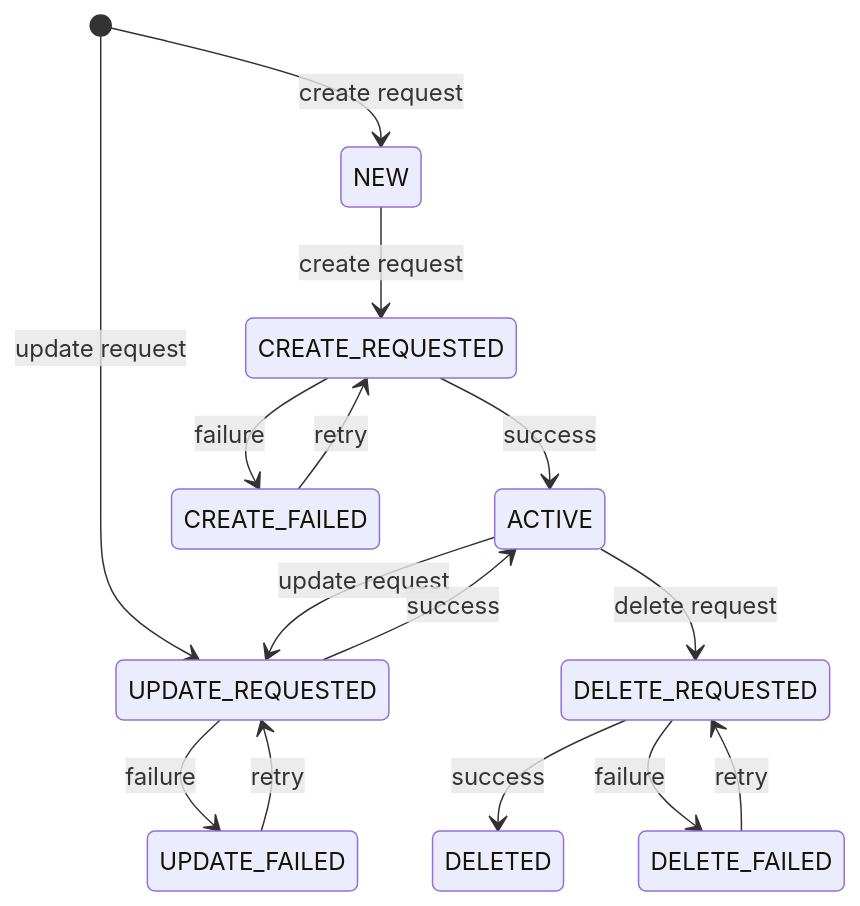
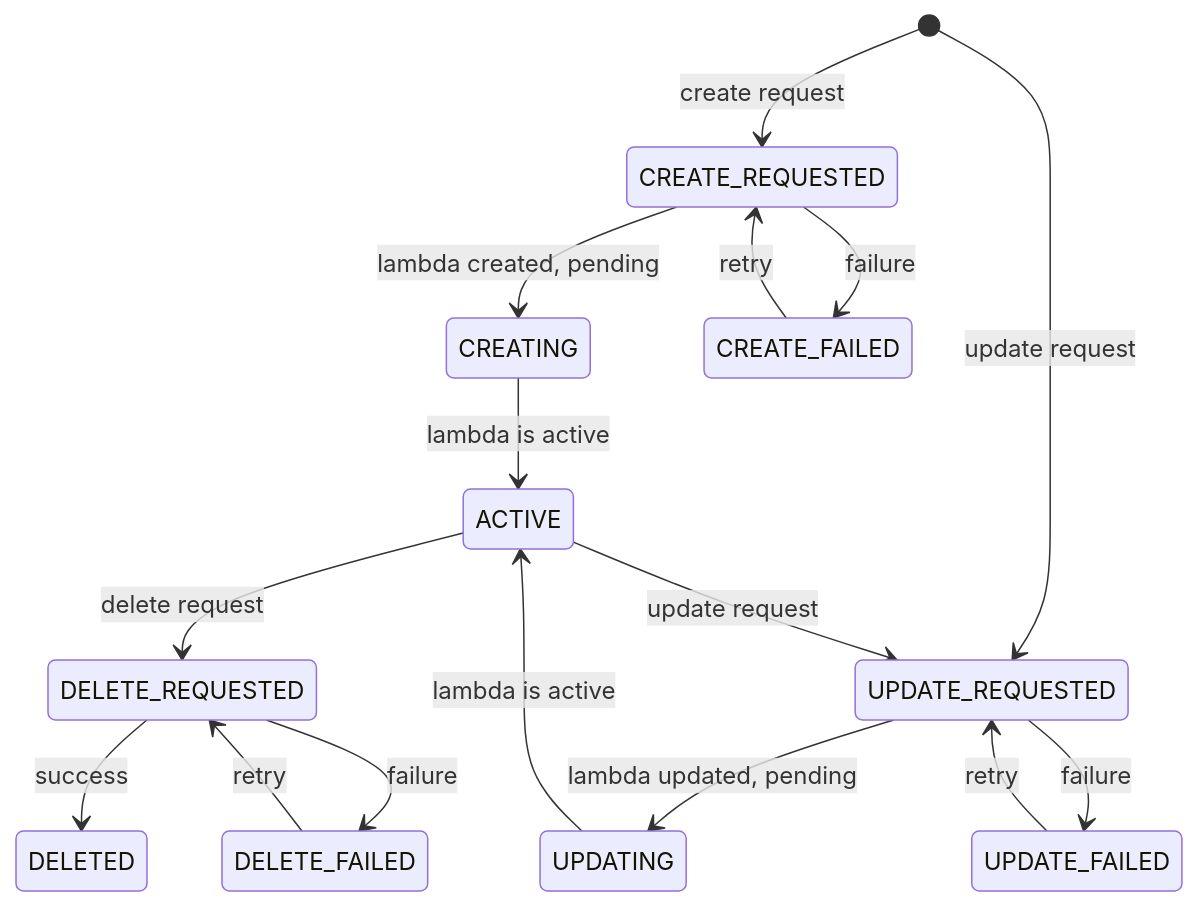
The fifth of 5 diagrams in README.md (sergei-vorobev-personal/deploymentmanager), drawn with Mermaid before and after one commit. The commit also changed other lines of this file, not shown here.

````diff
--- a/README.md
+++ b/README.md
@@ -51,20 +70,18 @@
 ```mermaid
 stateDiagram-v2
-    [*] --> NEW : create request
-    [*] --> UPDATE_REQUESTED : update request
-    NEW --> CREATE_REQUESTED : create request
-
-    CREATE_REQUESTED --> ACTIVE : success
-    CREATE_REQUESTED --> CREATE_FAILED : failure
-    CREATE_FAILED --> CREATE_REQUESTED : retry
-
-    ACTIVE --> UPDATE_REQUESTED : update request
-    UPDATE_REQUESTED --> ACTIVE : success
-    UPDATE_REQUESTED --> UPDATE_FAILED : failure
-    UPDATE_FAILED --> UPDATE_REQUESTED : retry
-
-    ACTIVE --> DELETE_REQUESTED : delete request
-    DELETE_REQUESTED --> DELETED : success
-    DELETE_REQUESTED --> DELETE_FAILED : failure
-    DELETE_FAILED --> DELETE_REQUESTED : retry
+  [*] --> CREATE_REQUESTED: create request
+  [*] --> UPDATE_REQUESTED: update request
+  CREATE_REQUESTED --> CREATING: lambda created, pending
+  CREATING --> ACTIVE: lambda is active
+  CREATE_REQUESTED --> CREATE_FAILED: failure
+  CREATE_FAILED --> CREATE_REQUESTED: retry
+  ACTIVE --> UPDATE_REQUESTED: update request
+  UPDATE_REQUESTED --> UPDATING: lambda updated, pending
+  UPDATING --> ACTIVE: lambda is active
+  UPDATE_REQUESTED --> UPDATE_FAILED: failure
+  UPDATE_FAILED --> UPDATE_REQUESTED: retry
+  ACTIVE --> DELETE_REQUESTED: delete request
+  DELETE_REQUESTED --> DELETED: success
+  DELETE_REQUESTED --> DELETE_FAILED: failure
+  DELETE_FAILED --> DELETE_REQUESTED: retry
 ```
````
